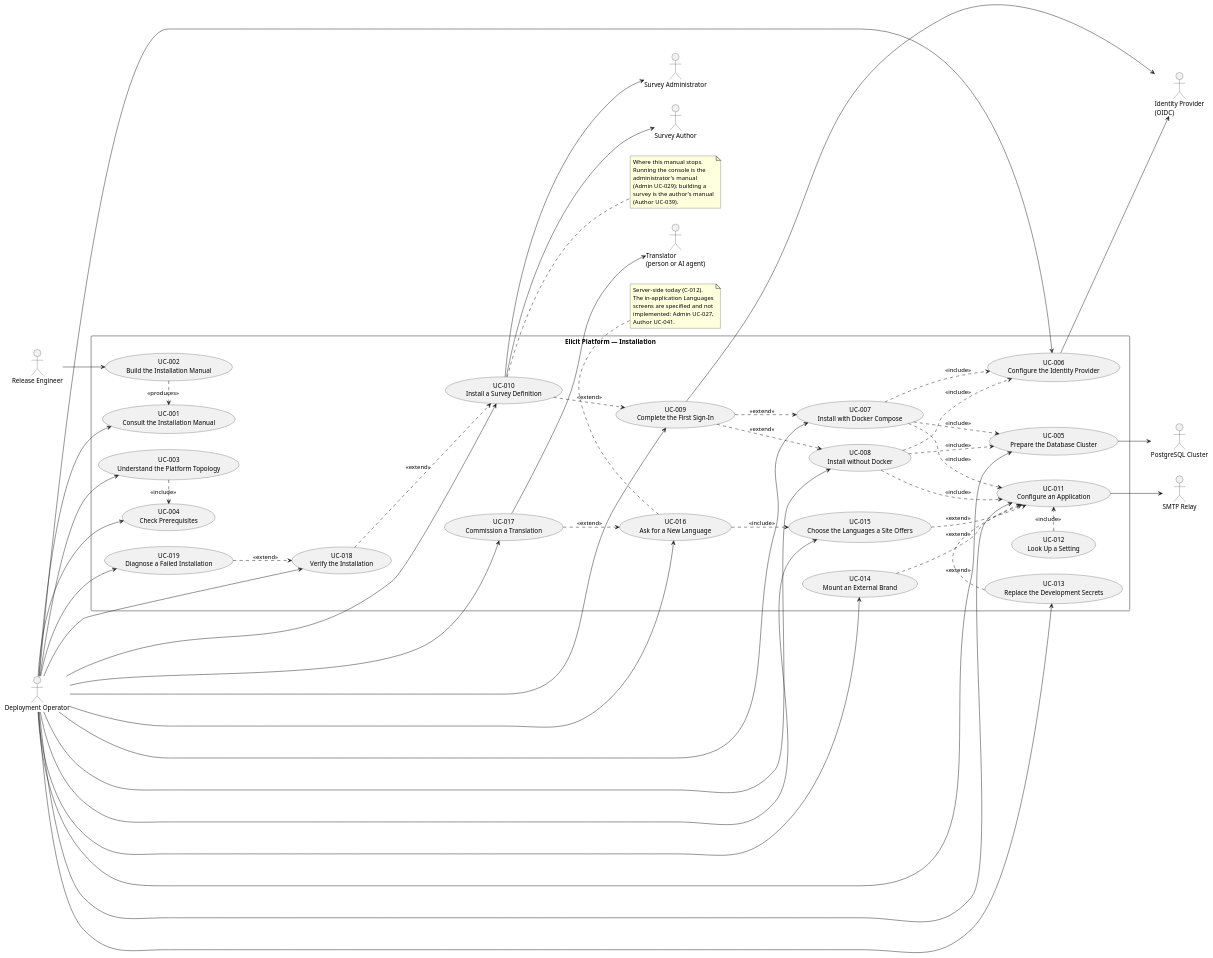
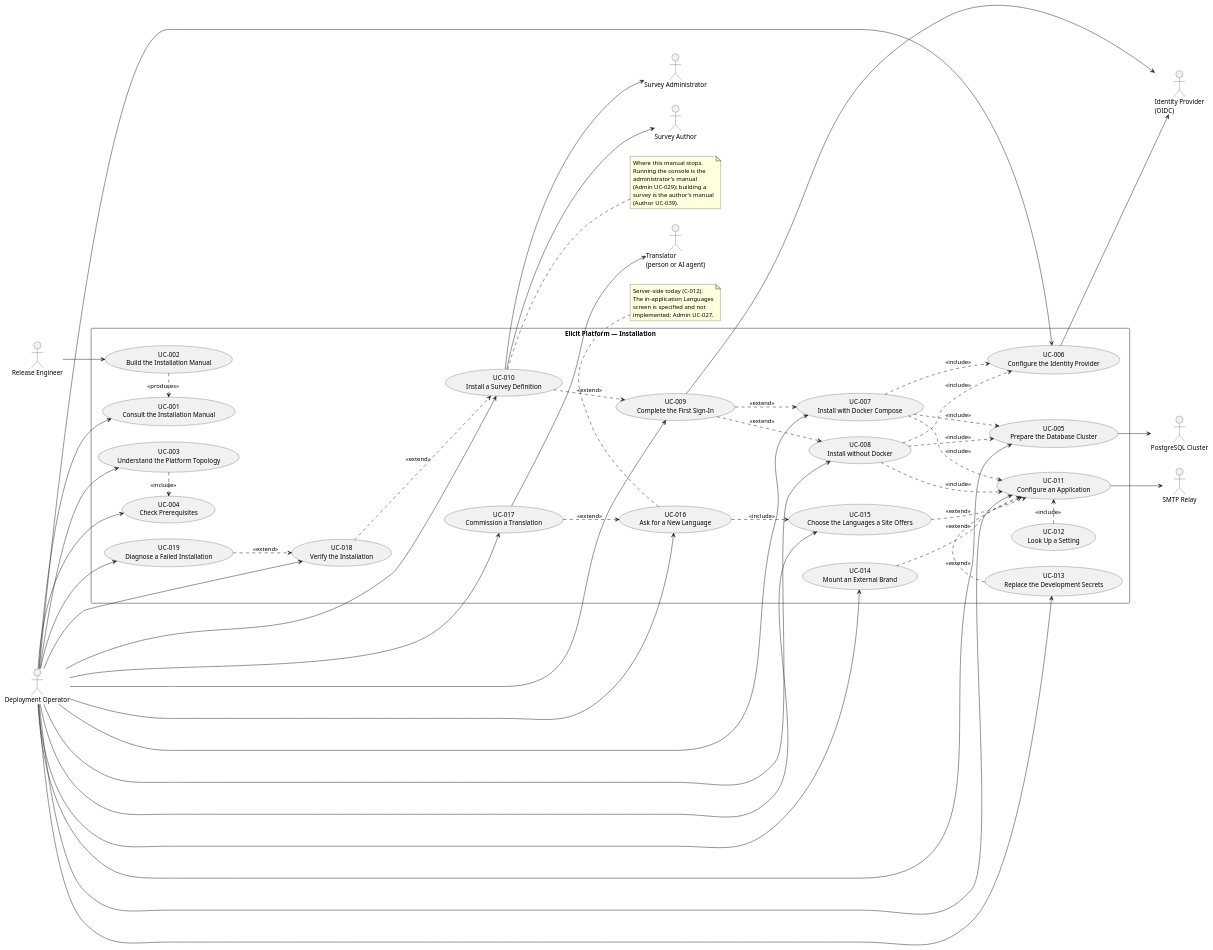
The diagram in docs/use_cases.puml (ElicitSoftware/Elicit), drawn with PlantUML before and after one commit. The commit also changed 136 other files, not shown here.

```diff
--- a/docs/use_cases.puml
+++ b/docs/use_cases.puml
@@ -1,134 +1,133 @@
 @startuml Use Cases Overview
 ' Elicit Platform — umbrella use cases.
 ' Source: docs/requirements.md, docs/vision.md.
 '
 ' Scope is provisioning a deployment (C-004). Operating the console and building
 ' a survey are each module's own use cases and appear here only as the actors
 ' this manual hands off to.
 left to right direction
 
 actor "Deployment Operator" as op
 actor "Release Engineer" as rel
 actor "Survey Administrator" as sa
 actor "Survey Author" as au
 
 actor "PostgreSQL Cluster" as db
 actor "Identity Provider\n(OIDC)" as idp
 actor "SMTP Relay" as smtp
 actor "Translator\n(person or AI agent)" as tr
 
 rectangle "Elicit Platform — Installation" {
 
     ' The manual as a deliverable (FR-001..FR-003, NFR-001..NFR-003)
     ' and its figures (FR-036, FR-037, NFR-011, NFR-012), which UC-001 reads and UC-002 makes
     usecase "UC-001\nConsult the Installation Manual" as UC001
     usecase "UC-002\nBuild the Installation Manual" as UC002
 
     ' Orientation and prerequisites (FR-004..FR-007)
     usecase "UC-003\nUnderstand the Platform Topology" as UC003
     usecase "UC-004\nCheck Prerequisites" as UC004
 
     ' Shared resources (FR-008..FR-011)
     usecase "UC-005\nPrepare the Database Cluster" as UC005
     usecase "UC-006\nConfigure the Identity Provider" as UC006
 
     ' Installing (FR-012..FR-015)
     usecase "UC-007\nInstall with Docker Compose" as UC007
     usecase "UC-008\nInstall without Docker" as UC008
     usecase "UC-009\nComplete the First Sign-In" as UC009
     usecase "UC-010\nInstall a Survey Definition" as UC010
 
     ' Configuration (FR-016..FR-021)
     usecase "UC-011\nConfigure an Application" as UC011
     usecase "UC-012\nLook Up a Setting" as UC012
     usecase "UC-013\nReplace the Development Secrets" as UC013
 
     ' Branding (FR-022..FR-025)
     usecase "UC-014\nMount an External Brand" as UC014
 
     ' Translations (FR-026..FR-031)
     usecase "UC-015\nChoose the Languages a Site Offers" as UC015
     usecase "UC-016\nAsk for a New Language" as UC016
     usecase "UC-017\nCommission a Translation" as UC017
 
     ' Verification (FR-032..FR-035)
     usecase "UC-018\nVerify the Installation" as UC018
     usecase "UC-019\nDiagnose a Failed Installation" as UC019
 }
 
 ' ---------------------------------------------------------------- actors
 rel  --> UC002
 
 op --> UC001
 op --> UC003
 op --> UC004
 op --> UC005
 op --> UC006
 op --> UC007
 op --> UC008
 op --> UC009
 op --> UC010
 op --> UC011
 op --> UC013
 op --> UC014
 op --> UC015
 op --> UC016
 op --> UC017
 op --> UC018
 op --> UC019
 
 UC005 --> db
 UC006 --> idp
 UC009 --> idp
 UC011 --> smtp
 UC017 --> tr
 
 ' ---------------------------------------------------------------- relationships
 UC002 .> UC001 : <<produces>>
 
 UC003 .> UC004 : <<include>>
 
 UC007 ..> UC005 : <<include>>
 UC007 ..> UC006 : <<include>>
 UC007 ..> UC011 : <<include>>
 UC008 ..> UC005 : <<include>>
 UC008 ..> UC006 : <<include>>
 UC008 ..> UC011 : <<include>>
 
 UC009 ..> UC007 : <<extend>>
 UC009 ..> UC008 : <<extend>>
 UC010 ..> UC009 : <<extend>>
 
 UC012 .> UC011 : <<include>>
 UC013 .> UC011 : <<extend>>
 
 UC014 ..> UC011 : <<extend>>
 UC015 ..> UC011 : <<extend>>
 UC016 ..> UC015 : <<include>>
 UC017 ..> UC016 : <<extend>>
 
 UC018 ..> UC010 : <<extend>>
 UC019 ..> UC018 : <<extend>>
 
 ' ---------------------------------------------------------------- hand-off
 note right of UC010
   Where this manual stops.
   Running the console is the
   administrator's manual
   (Admin UC-029); building a
   survey is the author's manual
   (Author UC-039).
 end note
 
 UC010 --> sa
 UC010 --> au
 
 note bottom of UC016
   Server-side today (C-012).
   The in-application Languages
-  screens are specified and not
-  implemented: Admin UC-027,
-  Author UC-041.
+  screen is specified and not
+  implemented: Admin UC-027.
 end note
 
 @enduml
```
